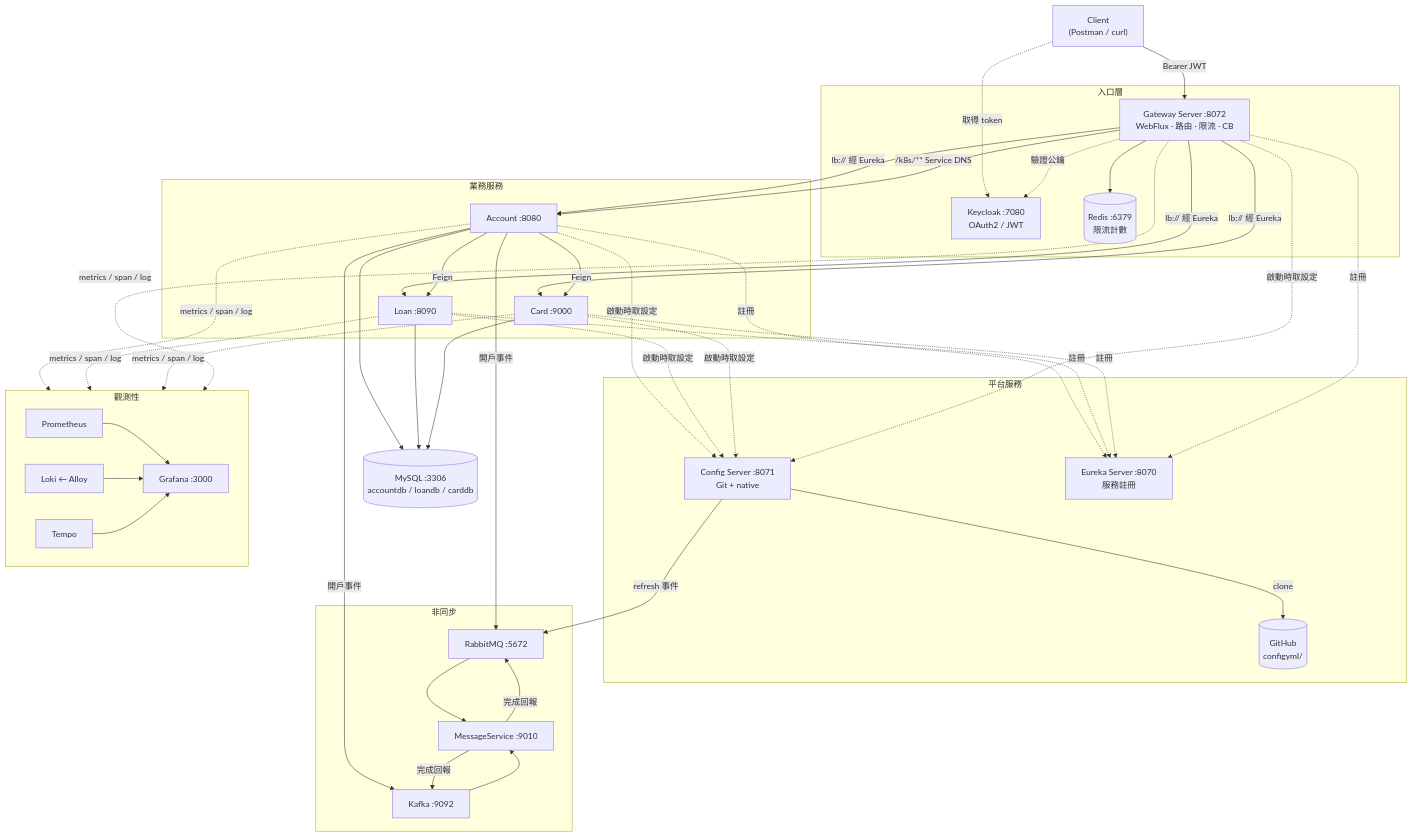
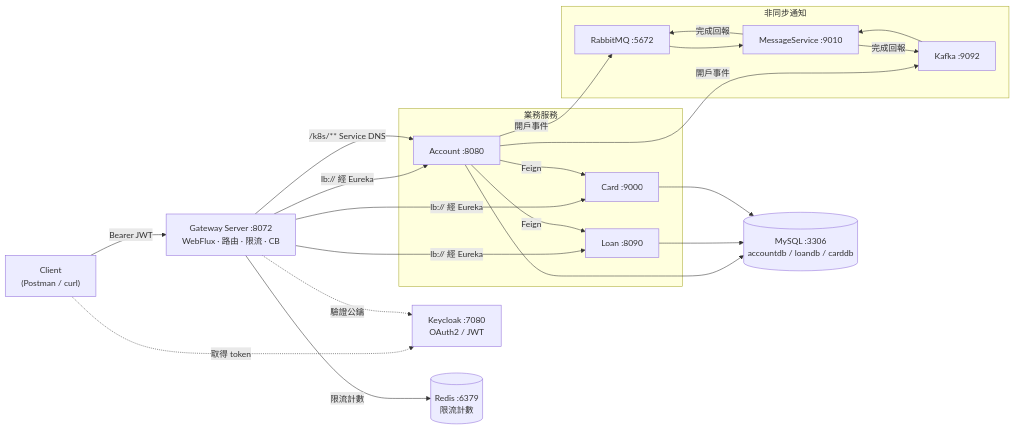
The first of 5 diagrams in README.md (tonysk0210/springboot-microservices), drawn with Mermaid before and after one commit. The commit also changed other lines of this file, not shown here.

````diff
--- a/README.md
+++ b/README.md
@@ -97,76 +102,36 @@
 ```mermaid
-flowchart TB
+flowchart LR
     Client["Client<br/>(Postman / curl)"]
-
-    subgraph Edge["入口層"]
-        KC["Keycloak :7080<br/>OAuth2 / JWT"]
-        GW["Gateway Server :8072<br/>WebFlux · 路由 · 限流 · CB"]
-        Redis[("Redis :6379<br/>限流計數")]
-    end
-
-    subgraph Platform["平台服務"]
-        CS["Config Server :8071<br/>Git + native"]
-        EU["Eureka Server :8070<br/>服務註冊"]
-        Git[("GitHub<br/>configyml/")]
-    end
+    KC["Keycloak :7080<br/>OAuth2 / JWT"]
+    GW["Gateway Server :8072<br/>WebFlux · 路由 · 限流 · CB"]
+    Redis[("Redis :6379<br/>限流計數")]
 
     subgraph Biz["業務服務"]
         ACC["Account :8080"]
         LOAN["Loan :8090"]
         CARD["Card :9000"]
     end
 
-    subgraph Msg["非同步"]
+    DB[("MySQL :3306<br/>accountdb / loandb / carddb")]
+
+    subgraph Msg["非同步通知"]
         RMQ["RabbitMQ :5672"]
         KFK["Kafka :9092"]
         MS["MessageService :9010"]
     end
 
-    DB[("MySQL :3306<br/>accountdb / loandb / carddb")]
-
-    subgraph Obs["觀測性"]
-        PROM["Prometheus"]
-        LOKI["Loki ← Alloy"]
-        TEMPO["Tempo"]
-        GRAF["Grafana :3000"]
-    end
-
+    Client -.取得 token.-> KC
     Client -->|Bearer JWT| GW
-    Client -.取得 token.-> KC
     GW -.驗證公鑰.-> KC
-    GW --> Redis
+    GW -->|限流計數| Redis
     GW -->|lb:// 經 Eureka| ACC & LOAN & CARD
     GW -->|/k8s/** Service DNS| ACC
 
     ACC -->|Feign| LOAN
     ACC -->|Feign| CARD
     ACC & LOAN & CARD --> DB
 
-    CS -->|clone| Git
-    CS -->|refresh 事件| RMQ
-
     ACC -->|開戶事件| RMQ --> MS
     ACC -->|開戶事件| KFK --> MS
     MS -->|完成回報| RMQ & KFK
-
-    PROM & LOKI & TEMPO --> GRAF
-
-    %% ── 控制面（虛線）──
-    %% 這裡刻意不寫成 `ACC & LOAN & CARD & GW -.xxx.-> CS`：部分 mermaid 版本在展開
-    %% `&` 時只有第一條邊會套到虛線型別，其餘會退回實線，所以一律逐條寫開。
-    %% 同理不使用 linkStyle，它依「邊的宣告順序索引」上色，跨版本索引不一致。
-    ACC -.啟動時取設定.-> CS
-    LOAN -.啟動時取設定.-> CS
-    CARD -.啟動時取設定.-> CS
-    GW -.啟動時取設定.-> CS
-
-    ACC -.註冊.-> EU
-    LOAN -.註冊.-> EU
-    CARD -.註冊.-> EU
-    GW -.註冊.-> EU
-
-    ACC -."metrics / span / log".-> Obs
-    LOAN -."metrics / span / log".-> Obs
-    CARD -."metrics / span / log".-> Obs
-    GW -."metrics / span / log".-> Obs
 ```
````
